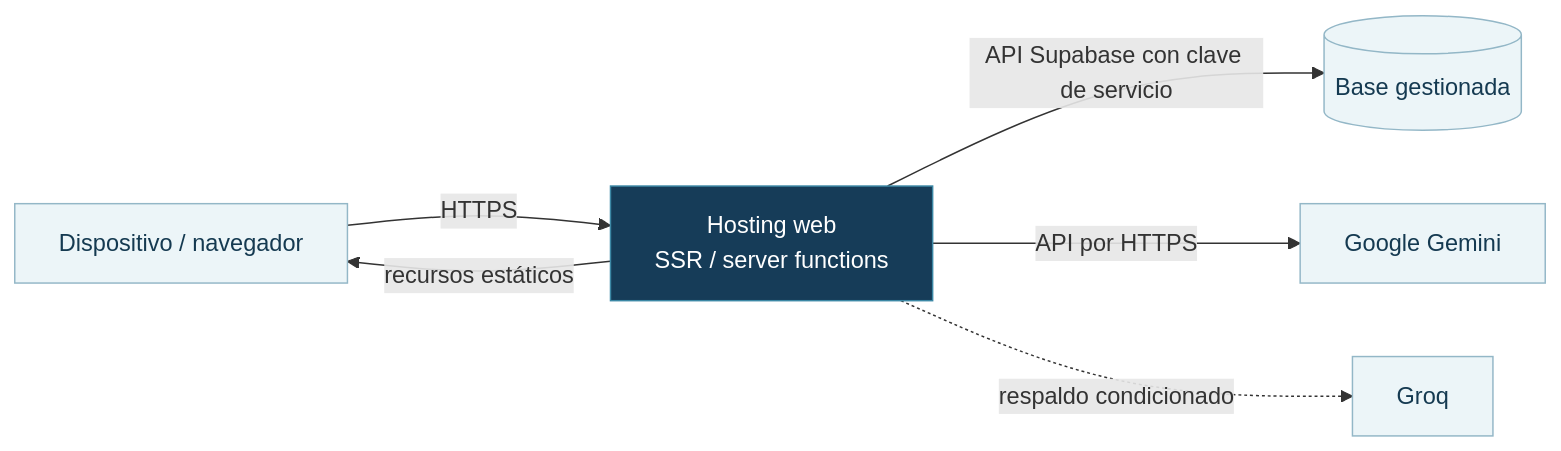
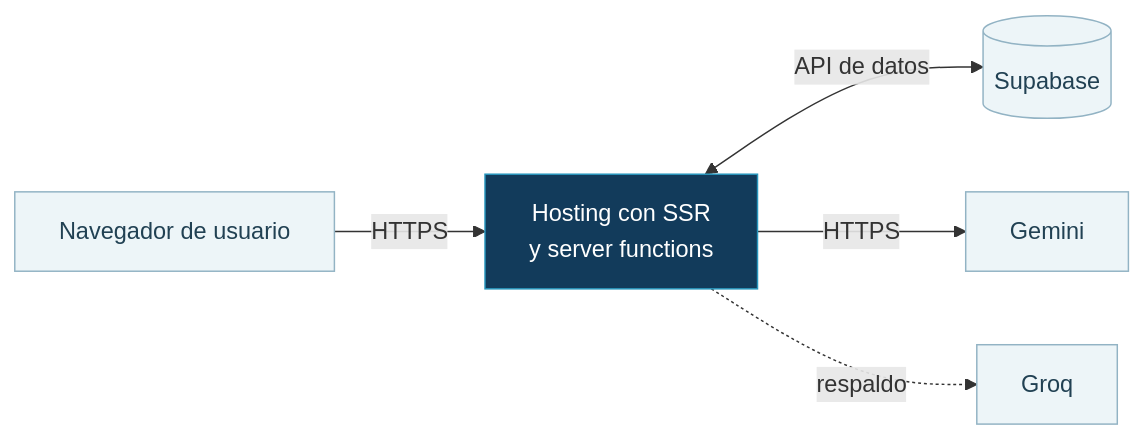
One commit to NicoCG32/Espejo-Homologa changed the fourth of 4 diagrams in docs/tecnica/01-arquitectura.md. Above: the diagram before and after it, drawn with Mermaid. The commit also changed other lines of this file and 21 other files, not shown here.

````diff
--- a/docs/tecnica/01-arquitectura.md
+++ b/docs/tecnica/01-arquitectura.md
@@ -96,12 +88,11 @@
 ```mermaid
 flowchart LR
-  Usuario[Dispositivo / navegador] -->|HTTPS| Hosting[Hosting web<br/>SSR / server functions]
-  Hosting -->|API Supabase con clave de servicio| Pg[(Base gestionada)]
-  Hosting -->|API por HTTPS| Gemini[Google Gemini]
-  Hosting -.->|respaldo condicionado| Groq[Groq]
-  Hosting -->|recursos estáticos| Usuario
-  classDef main fill:#163C58,color:#fff,stroke:#3C88A5;
-  classDef ext fill:#ECF5F8,color:#153A51,stroke:#93B7C7;
-  class Hosting main;
-  class Usuario,Pg,Gemini,Groq ext;
+  U["Navegador de usuario"] -->|HTTPS| H["Hosting con SSR<br/>y server functions"]
+  H <-->|API de datos| P[("Supabase")]
+  H -->|HTTPS| G["Gemini"]
+  H -.->|respaldo| Q["Groq"]
+  classDef host fill:#123B5B,stroke:#2796BD,color:#FFF;
+  classDef ext fill:#EDF5F8,stroke:#92B3C4,color:#214153;
+  class H host;
+  class U,P,G,Q ext;
 ```
````
